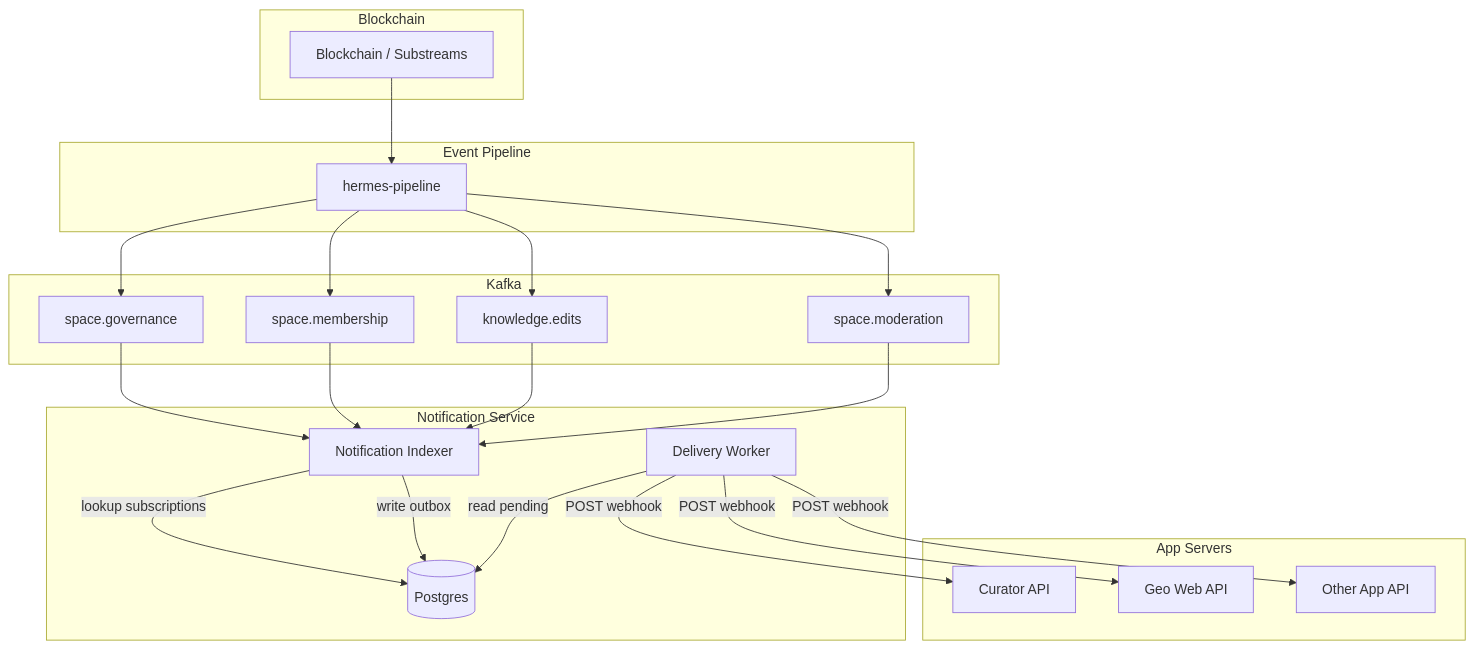
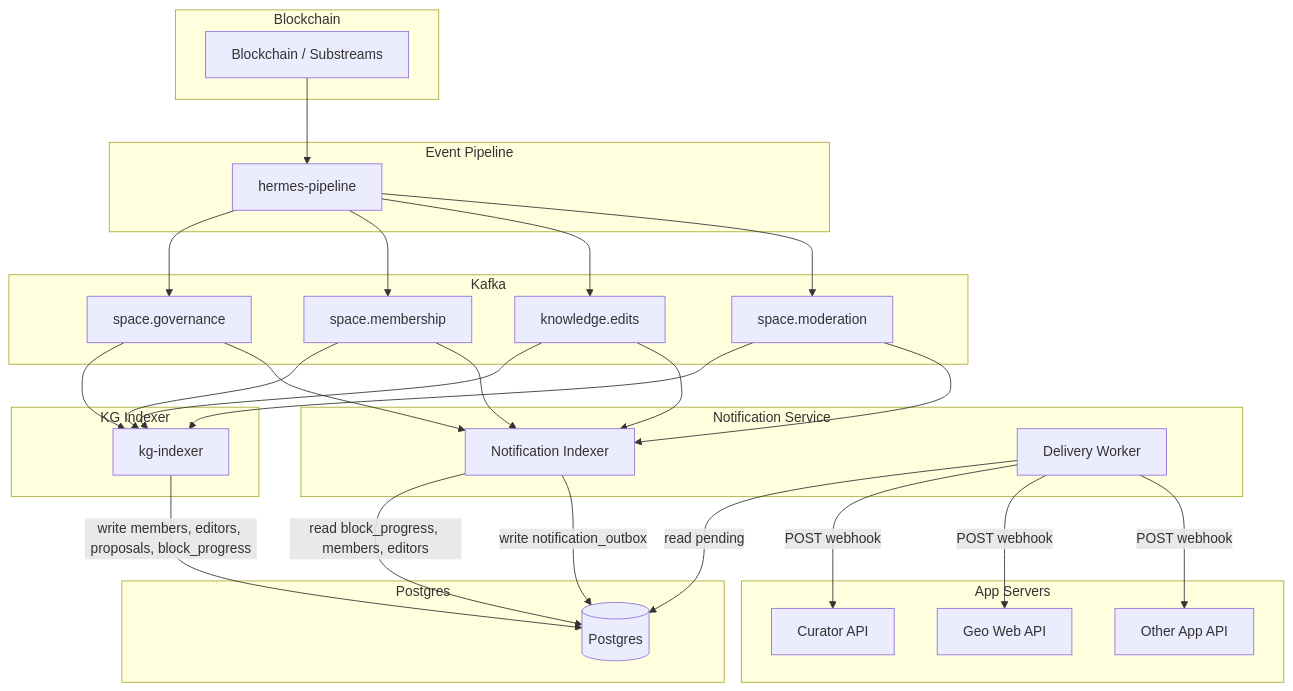
Before and after one commit to geobrowser/gaia: the first of 6 diagrams in docs/rfcs/0004-notification-service.md, drawn with Mermaid. The commit also changed other lines of this file, not shown here.

First line of the commit message:
docs: add kg-indexer consistency strategy and refine notification RFC

````diff
--- a/docs/rfcs/0004-notification-service.md
+++ b/docs/rfcs/0004-notification-service.md
@@ -48,37 +48,46 @@
 ```mermaid
 flowchart TB
     subgraph Blockchain
         BC[Blockchain / Substreams]
     end
 
     subgraph Event Pipeline
         HP[hermes-pipeline]
     end
 
     subgraph Kafka
         SG[space.governance]
         SM[space.membership]
         KE[knowledge.edits]
         SMod[space.moderation]
     end
 
+    subgraph Postgres
+        DB[(Postgres)]
+    end
+
+    subgraph KG Indexer
+        KGI[kg-indexer]
+    end
+
     subgraph Notification Service
         NI[Notification Indexer]
-        DB[(Postgres)]
         DW[Delivery Worker]
     end
 
     subgraph App Servers
         CUR[Curator API]
         GEO[Geo Web API]
         APP3[Other App API]
     end
 
     BC --> HP
     HP --> SG & SM & KE & SMod
+    SG & SM & KE & SMod --> KGI
     SG & SM & KE & SMod --> NI
-    NI -->|lookup subscriptions| DB
-    NI -->|write outbox| DB
+    KGI -->|write members, editors, proposals, block_progress| DB
+    NI -->|read block_progress, members, editors| DB
+    NI -->|write notification_outbox| DB
     DW -->|read pending| DB
     DW -->|POST webhook| CUR & GEO & APP3
 ```
````
